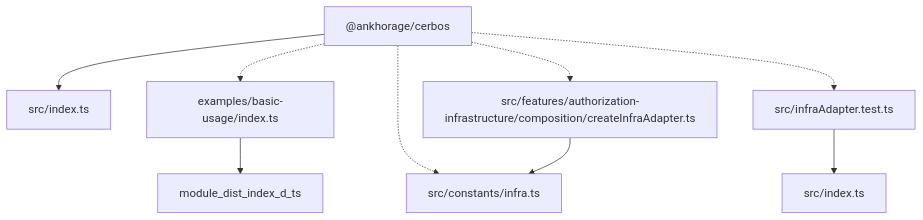
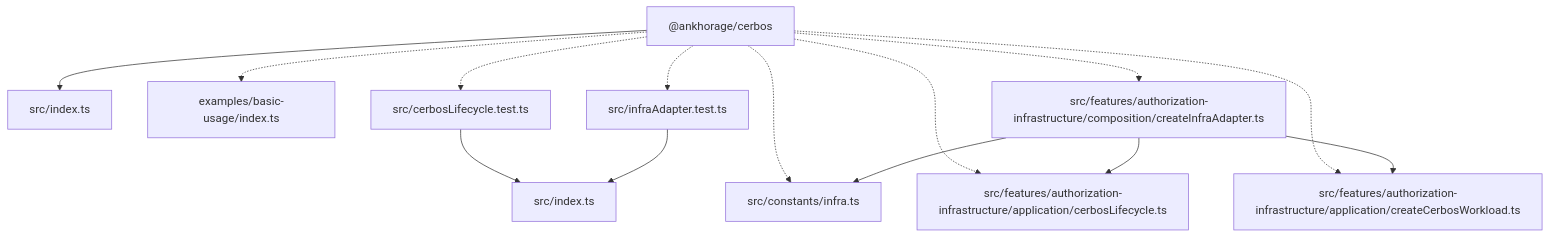
The diagram in paradox/diagrams/architecture-overview.mmd (ankhorage/cerbos), drawn with Mermaid before and after one commit. The commit also changed 15 other files, not shown here.

First line of the commit message:
feat: implement cerbos service lifecycle (#2)

```diff
--- a/paradox/diagrams/architecture-overview.mmd
+++ b/paradox/diagrams/architecture-overview.mmd
@@ -1,16 +1,24 @@
 graph TD
   package__ankhorage_cerbos["@ankhorage/cerbos"]
   entrypoint_src_index_ts["src/index.ts"]
   package__ankhorage_cerbos --> entrypoint_src_index_ts
   module_examples_basic_usage_index_ts["examples/basic-usage/index.ts"]
   package__ankhorage_cerbos -.-> module_examples_basic_usage_index_ts
-  module_examples_basic_usage_index_ts --> module_dist_index_d_ts
+  module_src_cerbosLifecycle_test_ts["src/cerbosLifecycle.test.ts"]
+  package__ankhorage_cerbos -.-> module_src_cerbosLifecycle_test_ts
+  module_src_cerbosLifecycle_test_ts --> module_src_index_ts
   module_src_constants_infra_ts["src/constants/infra.ts"]
   package__ankhorage_cerbos -.-> module_src_constants_infra_ts
+  module_src_features_authorization_infrastructure_application_cerbosLifecycle_ts["src/features/authorization-infrastructure/application/cerbosLifecycle.ts"]
+  package__ankhorage_cerbos -.-> module_src_features_authorization_infrastructure_application_cerbosLifecycle_ts
+  module_src_features_authorization_infrastructure_application_createCerbosWorkload_ts["src/features/authorization-infrastructure/application/createCerbosWorkload.ts"]
+  package__ankhorage_cerbos -.-> module_src_features_authorization_infrastructure_application_createCerbosWorkload_ts
   module_src_features_authorization_infrastructure_composition_createInfraAdapter_ts["src/features/authorization-infrastructure/composition/createInfraAdapter.ts"]
   package__ankhorage_cerbos -.-> module_src_features_authorization_infrastructure_composition_createInfraAdapter_ts
   module_src_features_authorization_infrastructure_composition_createInfraAdapter_ts --> module_src_constants_infra_ts
+  module_src_features_authorization_infrastructure_composition_createInfraAdapter_ts --> module_src_features_authorization_infrastructure_application_cerbosLifecycle_ts
+  module_src_features_authorization_infrastructure_composition_createInfraAdapter_ts --> module_src_features_authorization_infrastructure_application_createCerbosWorkload_ts
   module_src_index_ts["src/index.ts"]
   module_src_infraAdapter_test_ts["src/infraAdapter.test.ts"]
   package__ankhorage_cerbos -.-> module_src_infraAdapter_test_ts
   module_src_infraAdapter_test_ts --> module_src_index_ts
```
